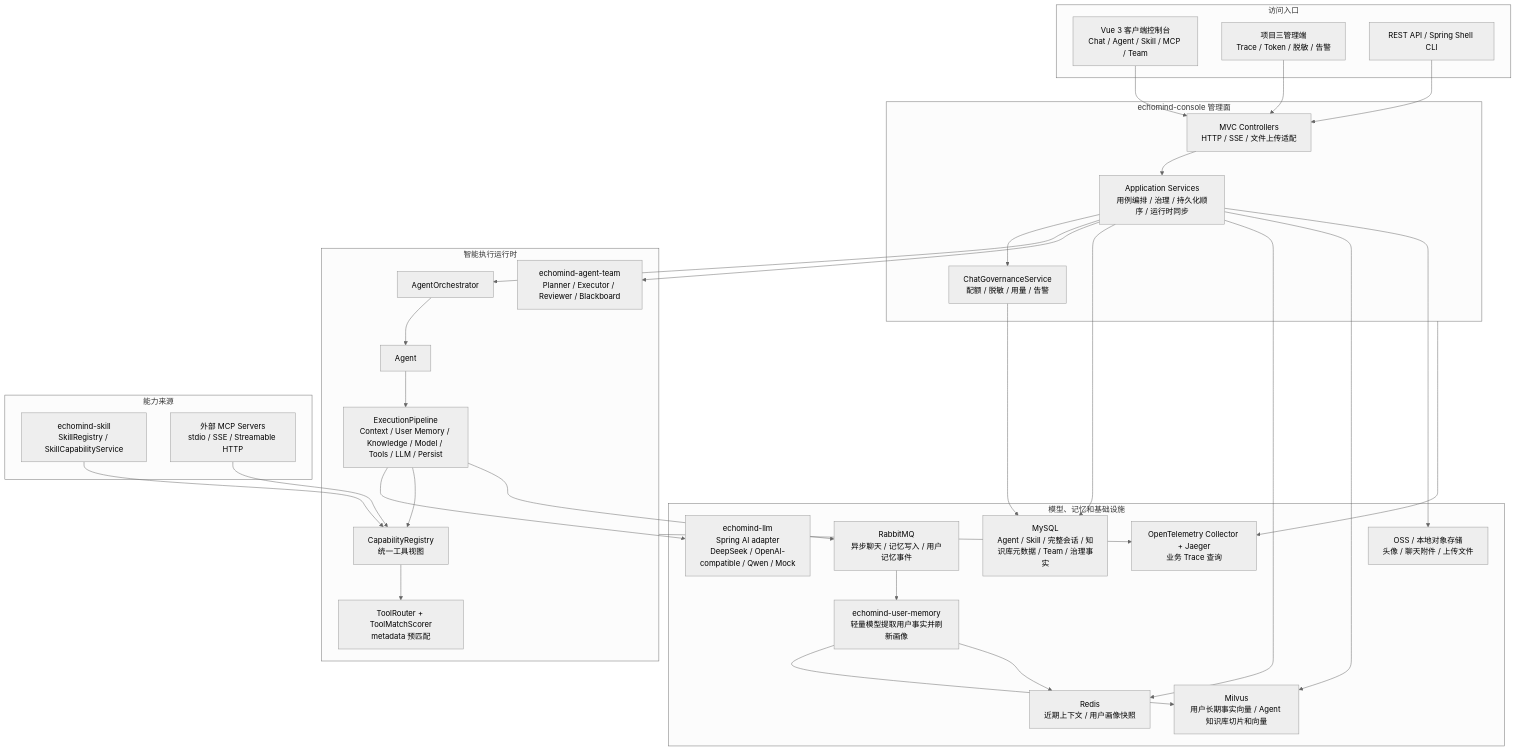
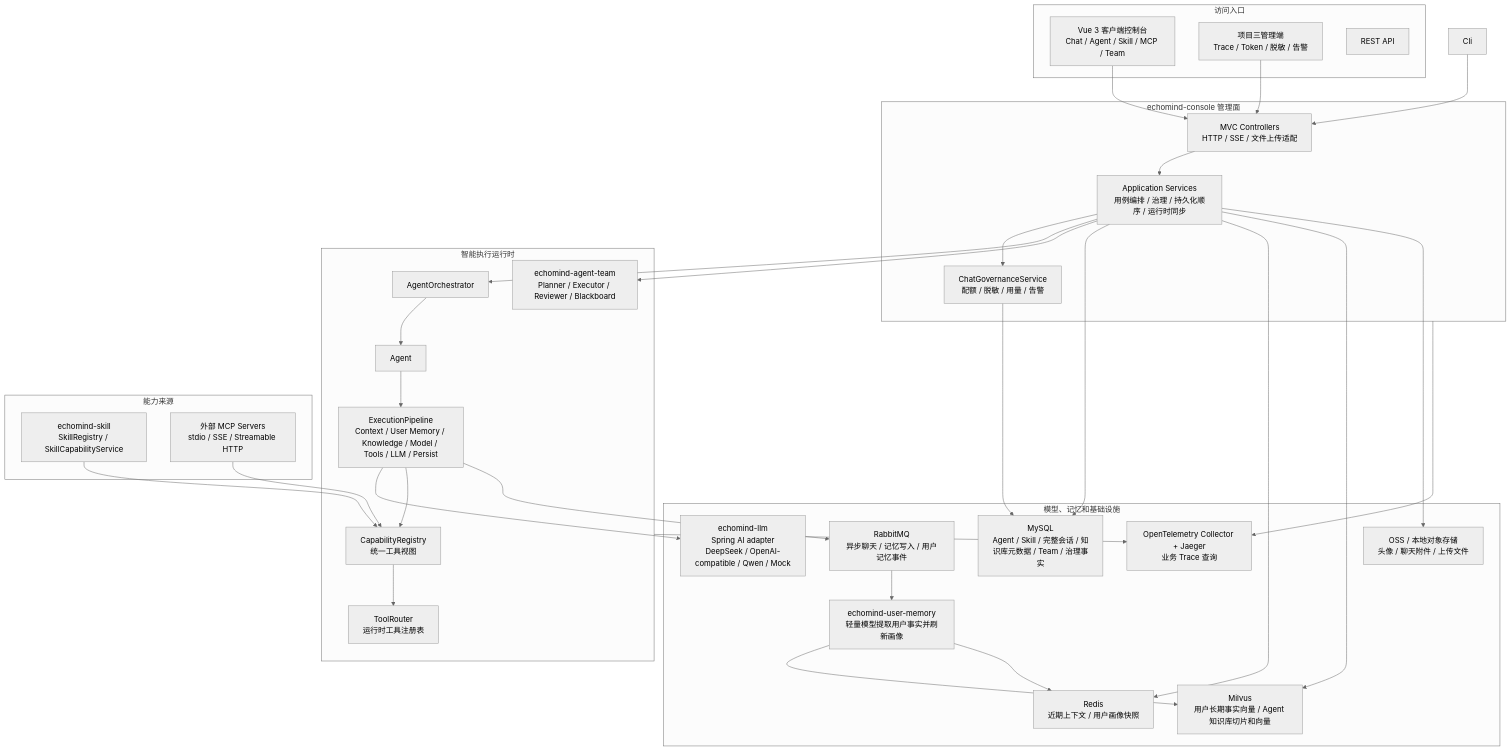
Before and after one commit to kaiyue-ai/EchoMind: the first of 5 diagrams in README.md, drawn with Mermaid (neutral theme). The commit also changed other lines of this file and 118 other files, not shown here.

````diff
--- a/README.md
+++ b/README.md
@@ -14,64 +14,64 @@
 ```mermaid
 flowchart TB
     subgraph Clients["访问入口"]
         Web["Vue 3 客户端控制台<br/>Chat / Agent / Skill / MCP / Team"]
         Admin["项目三管理端<br/>Trace / Token / 脱敏 / 告警"]
-        Cli["REST API / Spring Shell CLI"]
+        Api["REST API"]
     end
 
     subgraph Console["echomind-console 管理面"]
         Controllers["MVC Controllers<br/>HTTP / SSE / 文件上传适配"]
         AppServices["Application Services<br/>用例编排 / 治理 / 持久化顺序 / 运行时同步"]
         Governance["ChatGovernanceService<br/>配额 / 脱敏 / 用量 / 告警"]
     end
 
     subgraph Runtime["智能执行运行时"]
         Orchestrator["AgentOrchestrator"]
         Agent["Agent"]
         Pipeline["ExecutionPipeline<br/>Context / User Memory / Knowledge / Model / Tools / LLM / Persist"]
         Team["echomind-agent-team<br/>Planner / Executor / Reviewer / Blackboard"]
         Capability["CapabilityRegistry<br/>统一工具视图"]
-        ToolRouter["ToolRouter + ToolMatchScorer<br/>metadata 预匹配"]
+        ToolRouter["ToolRouter<br/>运行时工具注册表"]
     end
 
     subgraph ToolSources["能力来源"]
         Skill["echomind-skill<br/>SkillRegistry / SkillCapabilityService"]
         MCP["外部 MCP Servers<br/>stdio / SSE / Streamable HTTP"]
     end
 
     subgraph Infra["模型、记忆和基础设施"]
         LLM["echomind-llm<br/>Spring AI adapter<br/>DeepSeek / OpenAI-compatible / Qwen / Mock"]
         MySQL["MySQL<br/>Agent / Skill / 完整会话 / 知识库元数据 / Team / 治理事实"]
         Redis["Redis<br/>近期上下文 / 用户画像快照"]
         Milvus["Milvus<br/>用户长期事实向量 / Agent 知识库切片和向量"]
         Rabbit["RabbitMQ<br/>异步聊天 / 记忆写入 / 用户记忆事件"]
         OSS["OSS / 本地对象存储<br/>头像 / 聊天附件 / 上传文件"]
         OTel["OpenTelemetry Collector + Jaeger<br/>业务 Trace 查询"]
         UserMemory["echomind-user-memory<br/>轻量模型提取用户事实并刷新画像"]
     end
 
     Web --> Controllers
     Admin --> Controllers
     Cli --> Controllers
     Controllers --> AppServices
     AppServices --> Governance
     AppServices --> Orchestrator
     AppServices --> Team
     Orchestrator --> Agent --> Pipeline
     Pipeline --> LLM
     Pipeline --> Capability
     Capability --> ToolRouter
     Skill --> Capability
     MCP --> Capability
     Pipeline --> Rabbit
     Rabbit --> UserMemory
     UserMemory --> Milvus
     UserMemory --> Redis
     AppServices --> MySQL
     AppServices --> Redis
     AppServices --> Milvus
     AppServices --> OSS
     Governance --> MySQL
     Runtime --> OTel
     Console --> OTel
 ```
````
